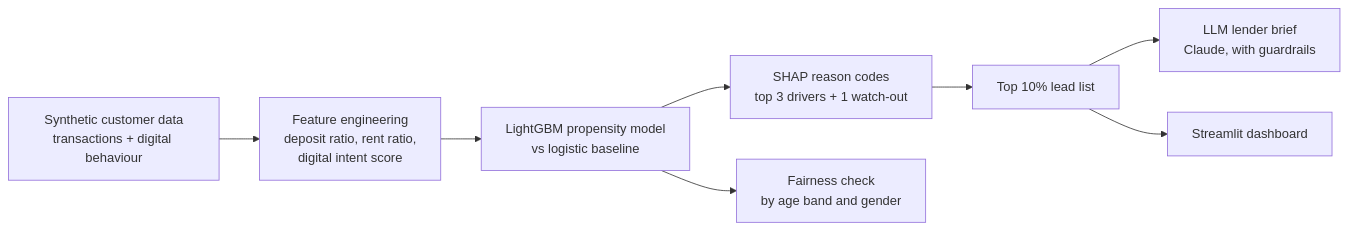
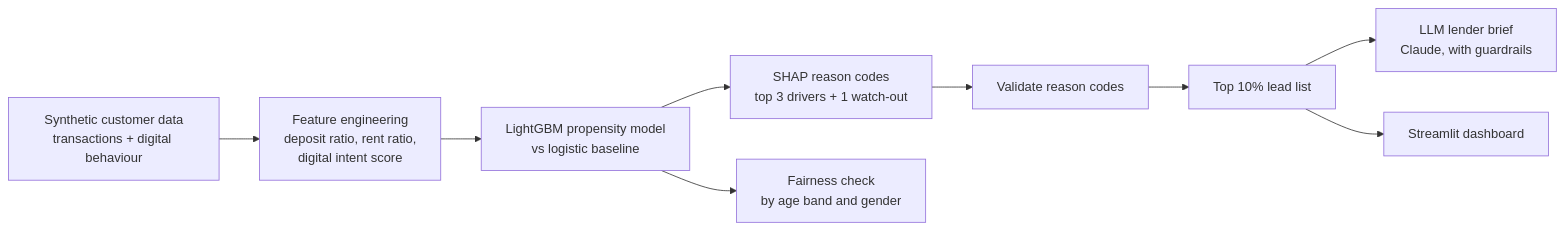
The diagram in README.md (Shru2006/first-home-buyer-lead-intelligence), drawn with Mermaid before and after one commit. The commit also changed other lines of this file and 4 other files, not shown here.

````diff
--- a/README.md
+++ b/README.md
@@ -40,10 +28,11 @@
 ```mermaid
 flowchart LR
     A[Synthetic customer data<br/>transactions + digital behaviour] --> B[Feature engineering<br/>deposit ratio, rent ratio,<br/>digital intent score]
     B --> C[LightGBM propensity model<br/>vs logistic baseline]
     C --> D[SHAP reason codes<br/>top 3 drivers + 1 watch-out]
-    D --> E[Top 10% lead list]
+    D --> V[Validate reason codes]
+    V --> E[Top 10% lead list]
     E --> F[LLM lender brief<br/>Claude, with guardrails]
     E --> G[Streamlit dashboard]
     C --> H[Fairness check<br/>by age band and gender]
 ```
````
